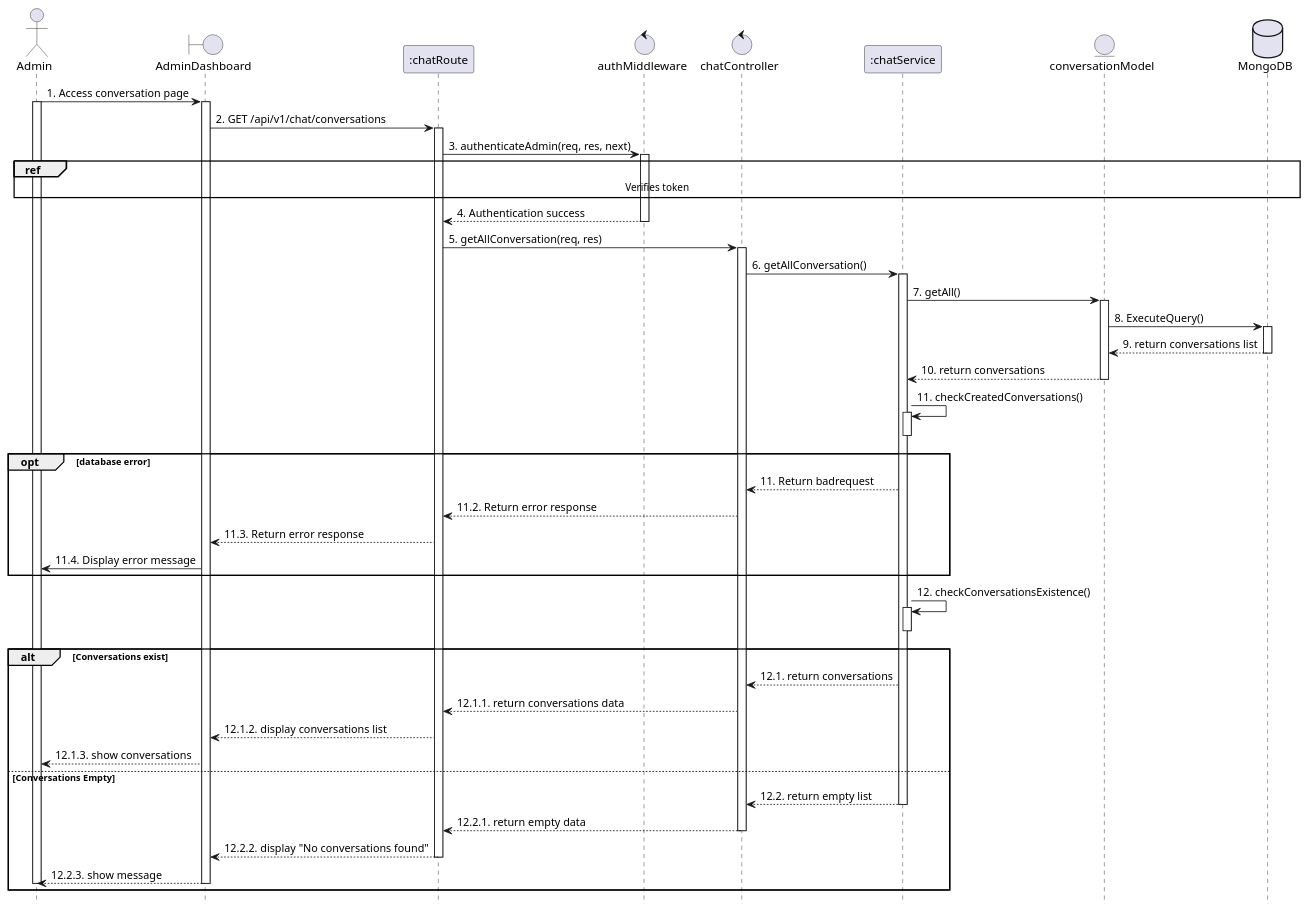
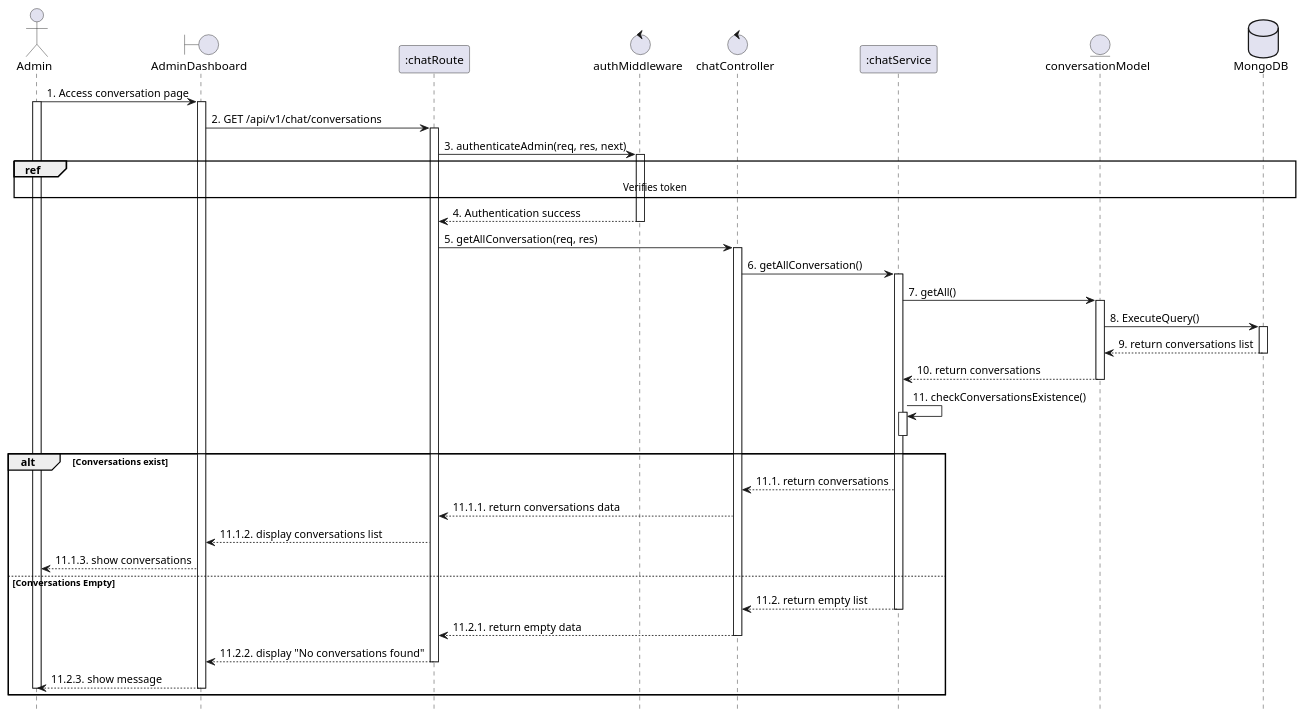
Before and after one commit to VietDurian/VietDurian: the diagram in planuml/web/21.5_viewConversation.puml, drawn with PlantUML. The commit also changed 14 other files, not shown here.

```diff
--- a/planuml/web/21.5_viewConversation.puml
+++ b/planuml/web/21.5_viewConversation.puml
@@ -1,86 +1,74 @@
 @startuml ViewConversation
 
 actor Admin
 boundary "AdminDashboard" as View 
 participant ":chatRoute" as Route 
 control "authMiddleware" as Auth 
 control "chatController" as Controller 
 participant ":chatService" as Service 
 entity "conversationModel" as Model 
 database "MongoDB" as MongoDB 
 hide footbox
 
     Admin -> View: 1. Access conversation page
     activate Admin
     activate View
 
     View -> Route: 2. GET /api/v1/chat/conversations
     activate Route
 
     Route -> Auth: 3. authenticateAdmin(req, res, next)
     activate Auth
     
     ref over Admin, MongoDB : Verifies token
 
     Auth --> Route: 4. Authentication success
     deactivate Auth
 
     Route -> Controller: 5. getAllConversation(req, res)
     activate Controller
 
     Controller -> Service: 6. getAllConversation()
     activate Service
 
     Service -> Model: 7. getAll()
     activate Model
 
     Model -> MongoDB: 8. ExecuteQuery()
     activate MongoDB
     MongoDB --> Model: 9. return conversations list
     deactivate MongoDB
 
     Model --> Service: 10. return conversations
     deactivate Model
 
-    Service -> Service: 11. checkCreatedConversations()
-    activate Service    
-    deactivate Service
-
-    opt database error
-        Service --> Controller: 11. Return badrequest
-        Controller --> Route: 11.2. Return error response
-        Route --> View: 11.3. Return error response
-        View -> Admin: 11.4. Display error message
-    end
-
-    Service -> Service: 12. checkConversationsExistence()
+    Service -> Service: 11. checkConversationsExistence()
     activate Service
     deactivate Service
 
    alt Conversations exist
 
-        Service --> Controller: 12.1. return conversations
+        Service --> Controller: 11.1. return conversations
 
-        Controller --> Route: 12.1.1. return conversations data
+        Controller --> Route: 11.1.1. return conversations data
 
-        Route --> View: 12.1.2. display conversations list
-
-        View --> Admin: 12.1.3. show conversations
+        Route --> View: 11.1.2. display conversations list
+        View --> Admin: 11.1.3. show conversations
     else Conversations Empty
 
-        Service --> Controller: 12.2. return empty list
+        Service --> Controller: 11.2. return empty list
         deactivate Service
 
-        Controller --> Route: 12.2.1. return empty data
+        Controller --> Route: 11.2.1. return empty data
         deactivate Controller
 
-        Route --> View: 12.2.2. display "No conversations found"
+        Route --> View: 11.2.2. display "No conversations found"
         deactivate Route
 
-        View --> Admin: 12.2.3. show message
+        View --> Admin: 11.2.3. show message
         deactivate View
         deactivate Admin
     end
 
 
 @enduml
```
